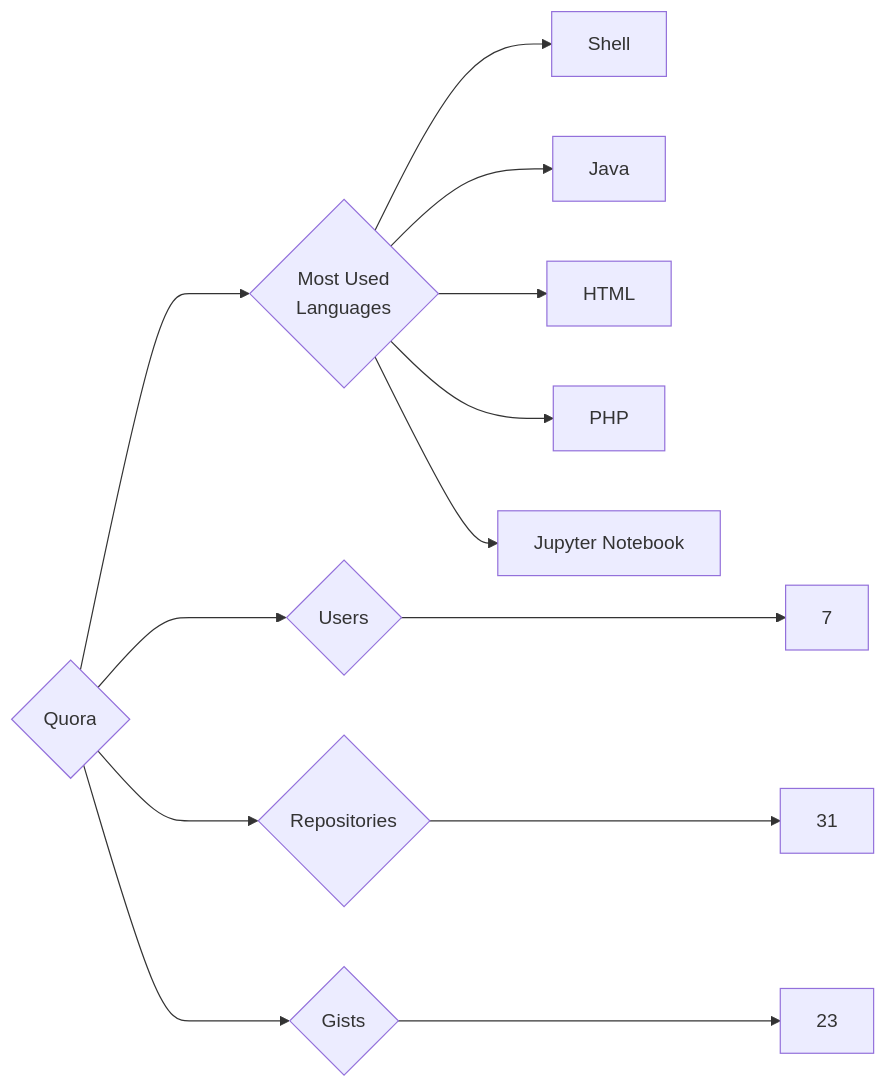
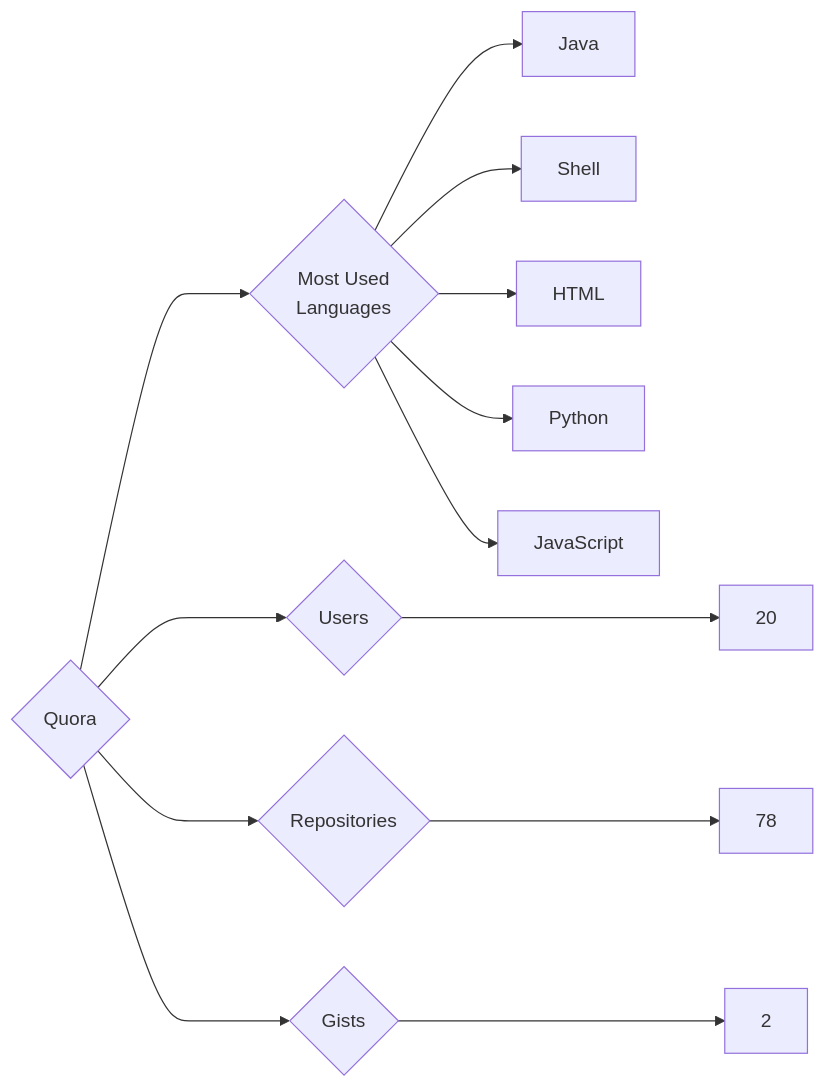
The diagram in targets/Quora/README.md (trickest/insiders), drawn with Mermaid before and after one commit. The commit also changed 871 other files, not shown here.

````diff
--- a/targets/Quora/README.md
+++ b/targets/Quora/README.md
@@ -3,13 +3,13 @@
 ```mermaid
 graph LR
 COMPANY_NAME{Quora}
-COMPANY_NAME ---> U{Users} ---> UN[7]
-COMPANY_NAME ---> R{Repositories} ---> RN[31]
-COMPANY_NAME ---> G{Gists} ---> GN[23]
+COMPANY_NAME ---> U{Users} ---> UN[20]
+COMPANY_NAME ---> R{Repositories} ---> RN[78]
+COMPANY_NAME ---> G{Gists} ---> GN[2]
 COMPANY_NAME ---> ML{Most Used<br>Languages}
+ML --> Java[Java]
 ML --> Shell[Shell]
-ML --> Java[Java]
 ML --> HTML[HTML]
-ML --> PHP[PHP]
-ML --> Jupyter_Notebook[Jupyter Notebook]
+ML --> Python[Python]
+ML --> JavaScript[JavaScript]
 ```
````
